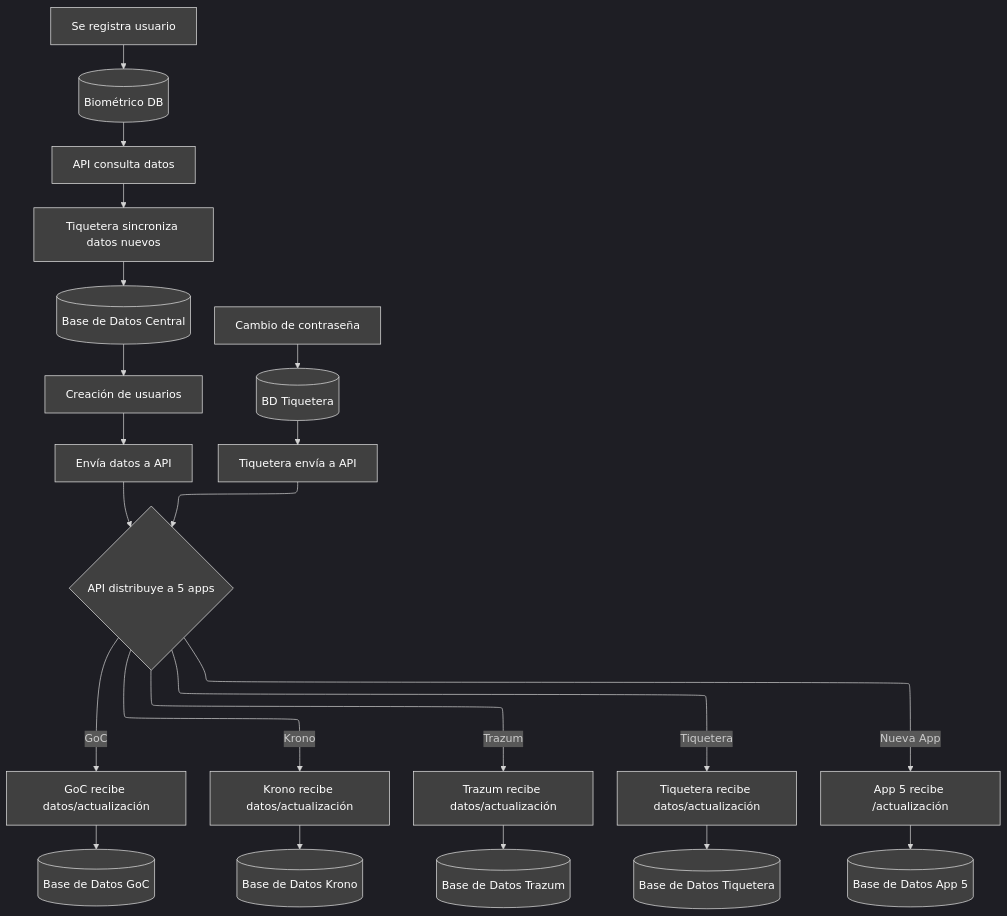
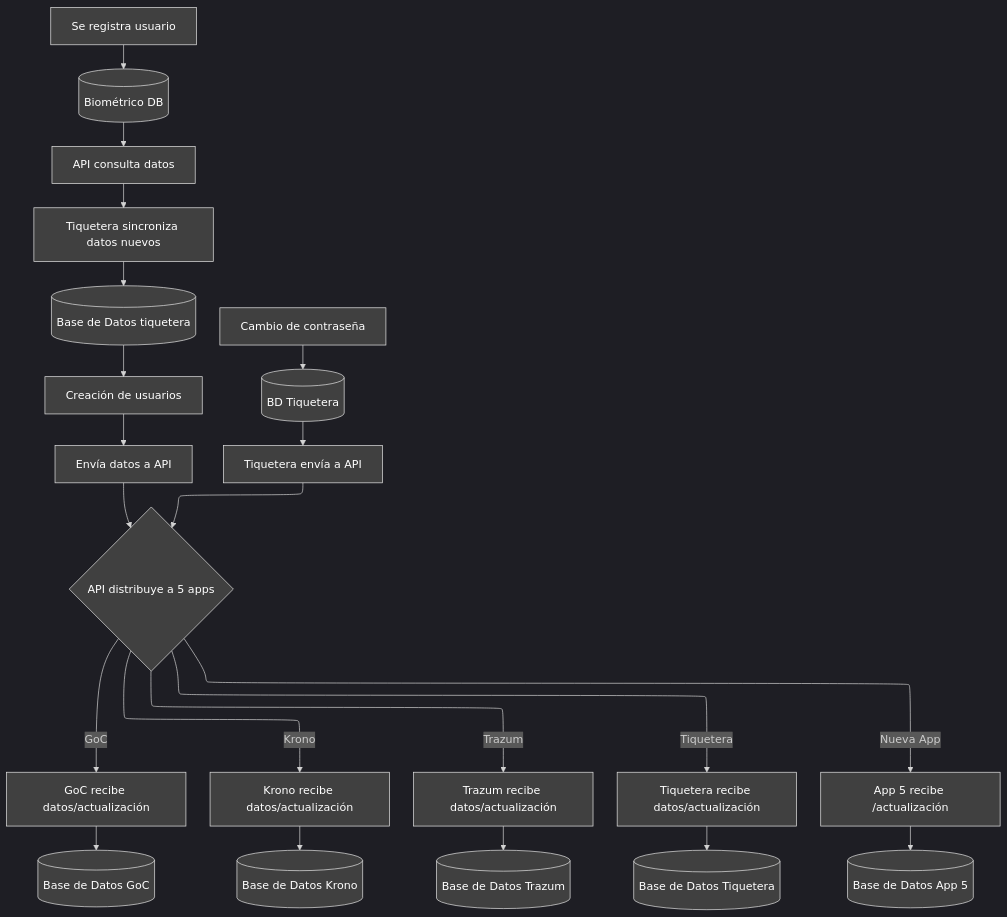
Before and after one commit to KevinGuevara17/pruebatecnica: the diagram in README.md, drawn with Mermaid.

````diff
--- a/README.md
+++ b/README.md
@@ -1,33 +1,33 @@
 ```mermaid
 ---
 config:
   layout: elk
   theme: dark
 ---
 flowchart TD
     A[Se registra usuario] --> B[(Biométrico DB)]
     B --> C[API consulta datos]
     C --> D[Tiquetera sincroniza datos nuevos]
-    D --> E[(Base de Datos Central)]
+    D --> E[(Base de Datos tiquetera)]
     E --> F[Creación de usuarios]
     F --> G[Envía datos a API]
     G --> H{API distribuye a 5 apps}
     
     N[Cambio de contraseña] --> O[(BD Tiquetera)]
     O --> P[Tiquetera envía a API]
     P --> H
     
     H -->|GoC| I[GoC recibe datos/actualización]
     H -->|Krono| J[Krono recibe datos/actualización]
     H -->|Trazum| K[Trazum recibe datos/actualización]
     H -->|Tiquetera| L[Tiquetera recibe datos/actualización]
     H -->|Nueva App| W[App 5 recibe /actualización]
     
     I --> DB1[(Base de Datos GoC)]
     J --> DB2[(Base de Datos Krono)]
     K --> DB3[(Base de Datos Trazum)]
     L --> DB4[(Base de Datos Tiquetera)]
     W --> DB5[(Base de Datos App 5)]
     
     classDef default fill:#404040,stroke:#e5e5e5,stroke-width:1px,color:#ffffff
 ```
````
